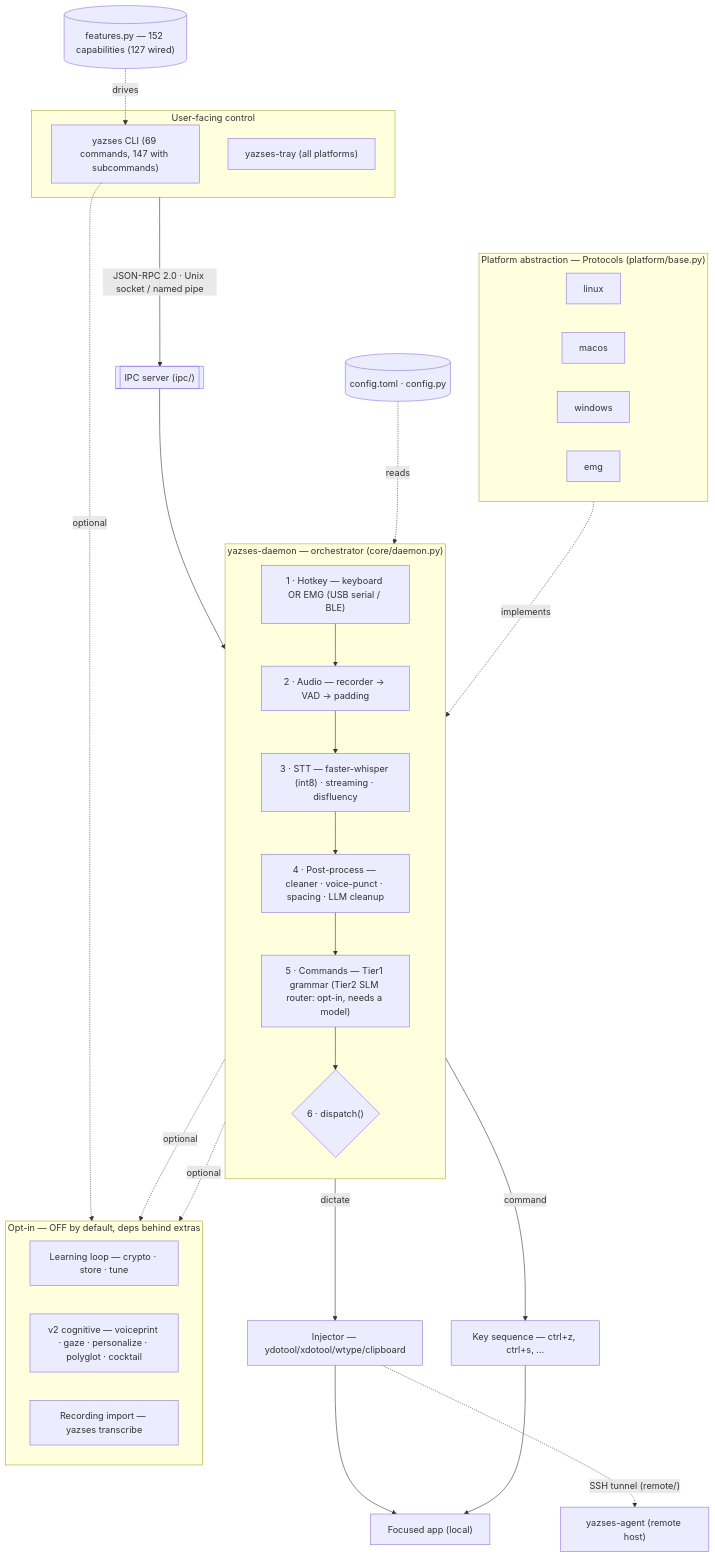
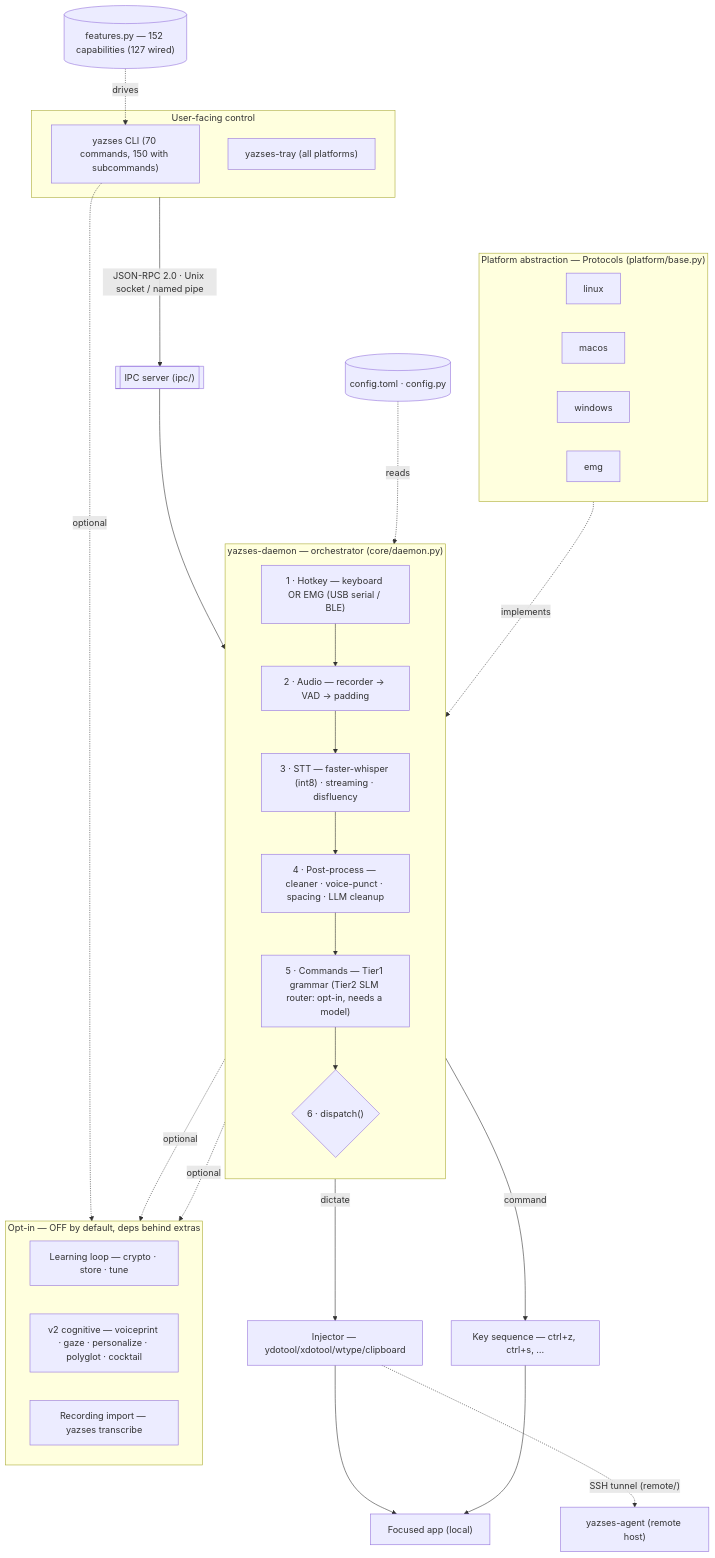
Before and after one commit to MSKazemi/yazses: the diagram in docs/diagrams/index.md, drawn with Mermaid. The commit also changed 11 other files, not shown here.

````diff
--- a/docs/diagrams/index.md
+++ b/docs/diagrams/index.md
@@ -22,50 +22,50 @@
 ```mermaid
 flowchart TB
   subgraph UI["User-facing control"]
-    CLI["yazses CLI (69 commands, 147 with subcommands)"]
+    CLI["yazses CLI (70 commands, 150 with subcommands)"]
     TRAY["yazses-tray (all platforms)"]
   end
   UI -->|"JSON-RPC 2.0 · Unix socket / named pipe"| IPC[["IPC server (ipc/)"]]
   IPC --> DAEMON
 
   subgraph DAEMON["yazses-daemon — orchestrator (core/daemon.py)"]
     direction TB
     HK["1 · Hotkey — keyboard OR EMG (USB serial / BLE)"]
     AUD["2 · Audio — recorder → VAD → padding"]
     STT["3 · STT — faster-whisper (int8) · streaming · disfluency"]
     PP["4 · Post-process — cleaner · voice-punct · spacing · LLM cleanup"]
     CMD["5 · Commands — Tier1 grammar (Tier2 SLM router: opt-in, needs a model)"]
     DIS{"6 · dispatch()"}
     HK --> AUD --> STT --> PP --> CMD --> DIS
   end
 
   CFG[("config.toml · config.py")]
   FEAT[("features.py — 152 capabilities (127 wired)")]
   CFG -. reads .-> DAEMON
   FEAT -. drives .-> CLI
 
   DIS -->|dictate| INJ["Injector — ydotool/xdotool/wtype/clipboard"]
   DIS -->|command| KEYS["Key sequence — ctrl+z, ctrl+s, …"]
   INJ --> APP["Focused app (local)"]
   KEYS --> APP
   INJ -. "SSH tunnel (remote/)" .-> AGENT["yazses-agent (remote host)"]
 
   subgraph PLAT["Platform abstraction — Protocols (platform/base.py)"]
     direction LR
     LNX["linux"]
     MAC["macos"]
     WIN["windows"]
     EMG["emg"]
   end
   PLAT -. implements .-> DAEMON
 
   subgraph OPT["Opt-in — OFF by default, deps behind extras"]
     direction LR
     LEARN["Learning loop — crypto · store · tune"]
     V2["v2 cognitive — voiceprint · gaze · personalize · polyglot · cocktail"]
     RECIMP["Recording import — yazses transcribe"]
   end
   DAEMON -. optional .-> LEARN
   DAEMON -. optional .-> V2
   CLI -. optional .-> RECIMP
 ```
````
